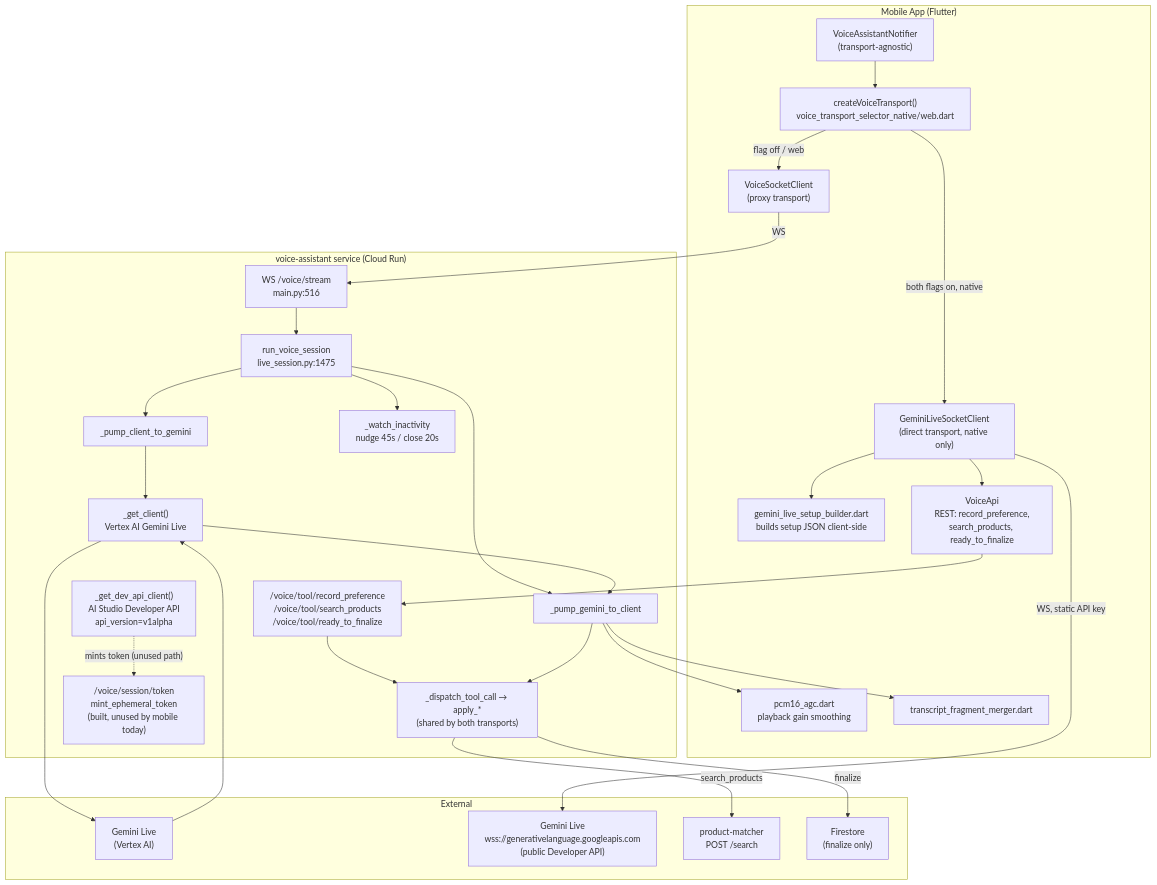
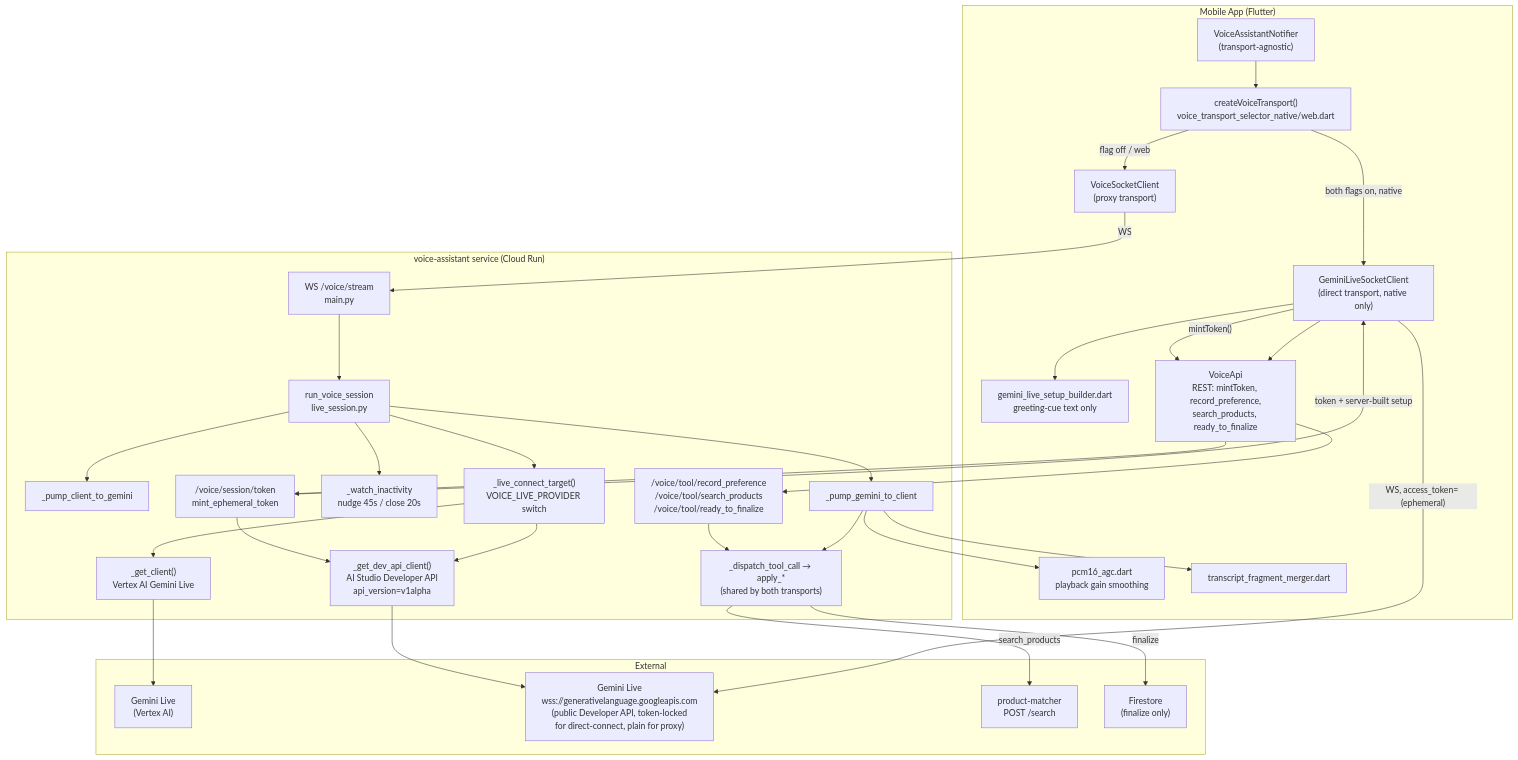
One commit to pradeep0698/pradeep_shoplens2026 changed the diagram in docs/explainer/voice-assistant-websocket-transport.md. Above: the diagram before and after it, drawn with Mermaid. The commit also changed other lines of this file and 14 other files, not shown here.

````diff
--- a/docs/explainer/voice-assistant-websocket-transport.md
+++ b/docs/explainer/voice-assistant-websocket-transport.md
@@ -181,51 +182,54 @@
 ```mermaid
 flowchart TD
     subgraph Mobile["Mobile App (Flutter)"]
         PROV["VoiceAssistantNotifier\n(transport-agnostic)"]
         SEL["createVoiceTransport()\nvoice_transport_selector_native/web.dart"]
         PROXY_C["VoiceSocketClient\n(proxy transport)"]
         DIRECT_C["GeminiLiveSocketClient\n(direct transport, native only)"]
-        SETUP["gemini_live_setup_builder.dart\nbuilds setup JSON client-side"]
+        GREET["gemini_live_setup_builder.dart\ngreeting-cue text only"]
         AGC["pcm16_agc.dart\nplayback gain smoothing"]
         MERGE["transcript_fragment_merger.dart"]
-        API["VoiceApi\nREST: record_preference,\nsearch_products, ready_to_finalize"]
+        API["VoiceApi\nREST: mintToken, record_preference,\nsearch_products, ready_to_finalize"]
     end
 
     subgraph Backend["voice-assistant service (Cloud Run)"]
-        WS["WS /voice/stream\nmain.py:516"]
-        RUN["run_voice_session\nlive_session.py:1475"]
+        WS["WS /voice/stream\nmain.py"]
+        RUN["run_voice_session\nlive_session.py"]
         PUMPI["_pump_client_to_gemini"]
         PUMPO["_pump_gemini_to_client"]
         WATCH["_watch_inactivity\nnudge 45s / close 20s"]
         DISPATCH["_dispatch_tool_call → apply_*\n(shared by both transports)"]
         TOOLREST["/voice/tool/record_preference\n/voice/tool/search_products\n/voice/tool/ready_to_finalize"]
-        MINT["/voice/session/token\nmint_ephemeral_token\n(built, unused by mobile today)"]
+        MINT["/voice/session/token\nmint_ephemeral_token"]
+        TARGET["_live_connect_target()\nVOICE_LIVE_PROVIDER switch"]
         VCLIENT["_get_client()\nVertex AI Gemini Live"]
         DCLIENT["_get_dev_api_client()\nAI Studio Developer API\napi_version=v1alpha"]
     end
 
     subgraph External["External"]
         GEMINI_VERTEX["Gemini Live\n(Vertex AI)"]
-        GEMINI_DIRECT["Gemini Live\nwss://generativelanguage.googleapis.com\n(public Developer API)"]
+        GEMINI_DIRECT["Gemini Live\nwss://generativelanguage.googleapis.com\n(public Developer API, token-locked\nfor direct-connect, plain for proxy)"]
         MATCHER["product-matcher\nPOST /search"]
         FS["Firestore\n(finalize only)"]
     end
 
     PROV --> SEL
     SEL -->|"flag off / web"| PROXY_C
     SEL -->|"both flags on, native"| DIRECT_C
-    DIRECT_C --> SETUP
+    DIRECT_C -->|"mintToken()"| API --> MINT --> DCLIENT
+    MINT -->|"token + server-built setup"| DIRECT_C
+    DIRECT_C --> GREET
     PROXY_C -->|"WS"| WS
     WS --> RUN --> PUMPI & PUMPO
-    PUMPI --> VCLIENT --> GEMINI_VERTEX
-    GEMINI_VERTEX --> VCLIENT --> PUMPO
+    RUN --> TARGET --> VCLIENT & DCLIENT
+    VCLIENT --> GEMINI_VERTEX
+    DCLIENT --> GEMINI_DIRECT
     RUN --> WATCH
-    DIRECT_C -->|"WS, static API key"| GEMINI_DIRECT
-    DCLIENT -.->|"mints token (unused path)"| MINT
+    DIRECT_C -->|"WS, access_token= (ephemeral)"| GEMINI_DIRECT
     DIRECT_C --> API --> TOOLREST --> DISPATCH
     PUMPO --> DISPATCH
     DISPATCH -->|"search_products"| MATCHER
     DISPATCH -->|"finalize"| FS
     PUMPO --> AGC
     PUMPO --> MERGE
 ```
````
